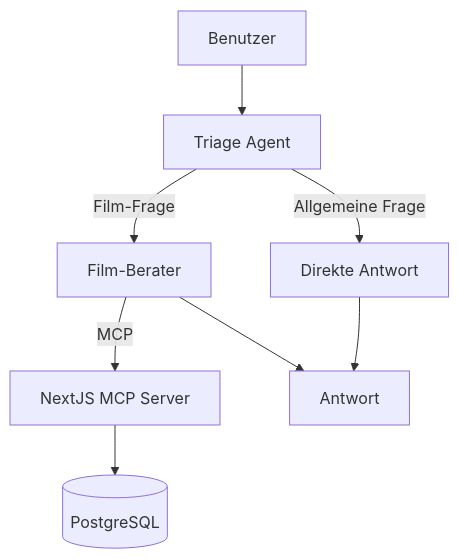
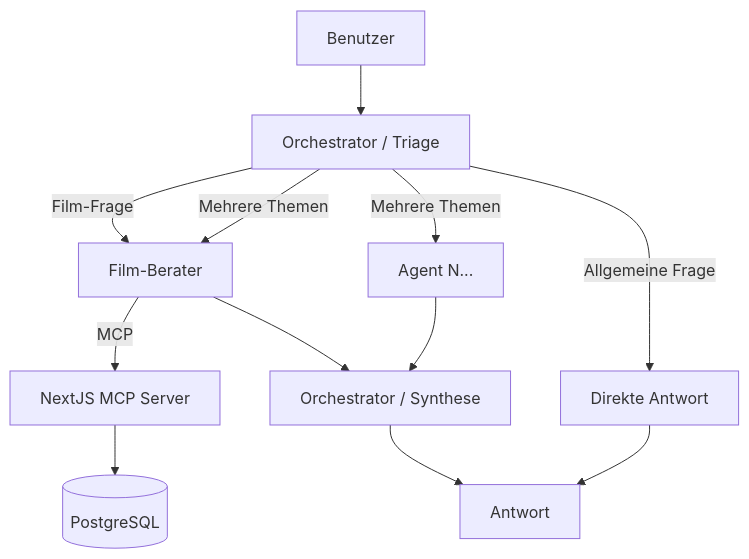
One commit to framem/lm-stack changed the diagram in lang-graph/README.md. Above: the diagram before and after it, drawn with Mermaid. The commit also changed other lines of this file and 2 other files, not shown here.

First line of the commit message:
Refactor agent framework to implement orchestration pattern

````diff
--- a/lang-graph/README.md
+++ b/lang-graph/README.md
@@ -7,10 +7,13 @@
 ```mermaid
 graph TD
-    User[Benutzer] --> Triage[Triage Agent]
+    User[Benutzer] --> Triage[Orchestrator / Triage]
     Triage -->|Film-Frage| FilmAdvisor[Film-Berater]
+    Triage -->|Mehrere Themen| FilmAdvisor & AgentN[Agent N...]
     Triage -->|Allgemeine Frage| DirectAnswer[Direkte Antwort]
     FilmAdvisor -->|MCP| MCPServer[NextJS MCP Server]
     MCPServer --> DB[(PostgreSQL)]
-    FilmAdvisor --> Response[Antwort]
+    FilmAdvisor --> Orchestrator[Orchestrator / Synthese]
+    AgentN --> Orchestrator
+    Orchestrator --> Response[Antwort]
     DirectAnswer --> Response
 ```
````
